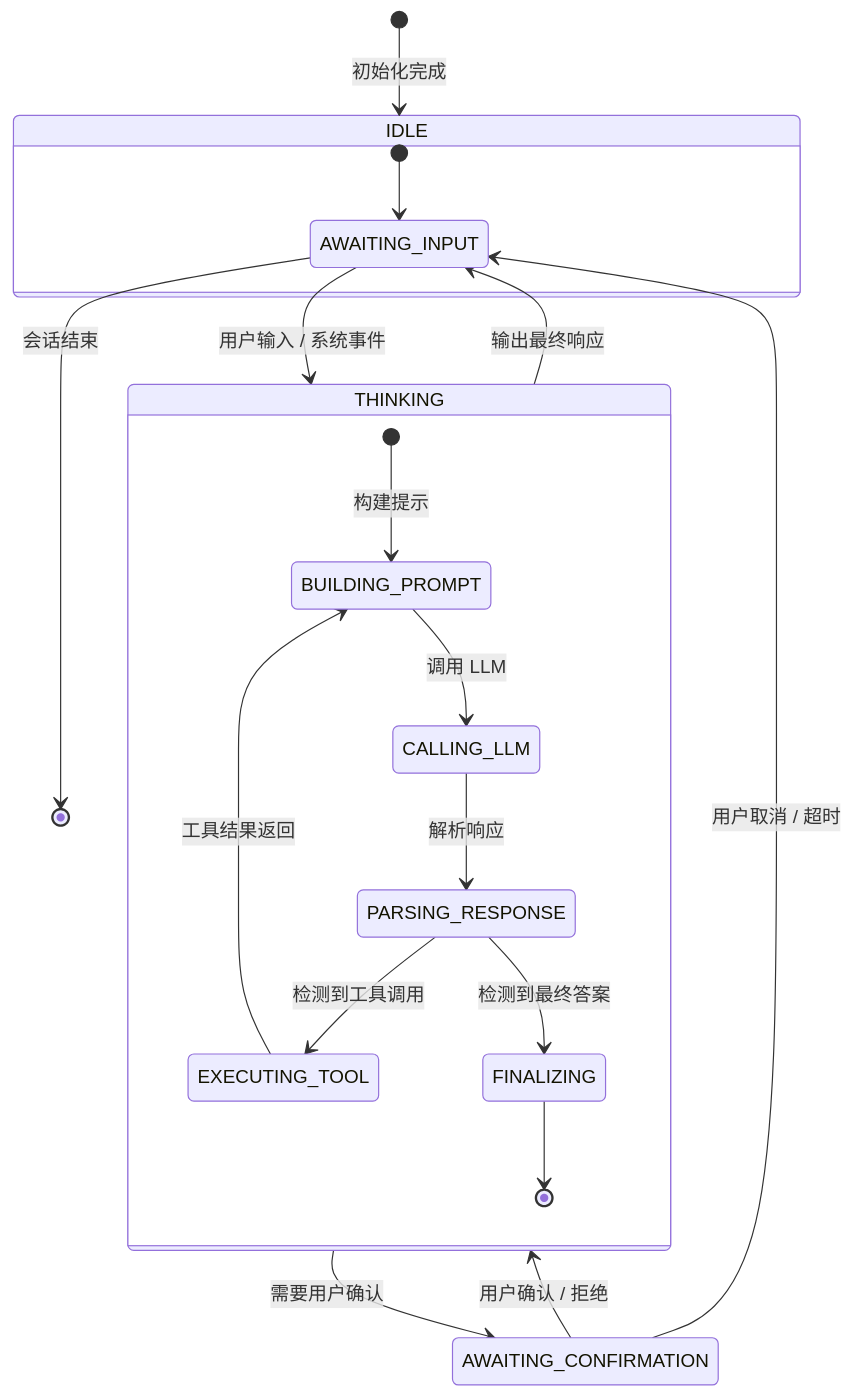
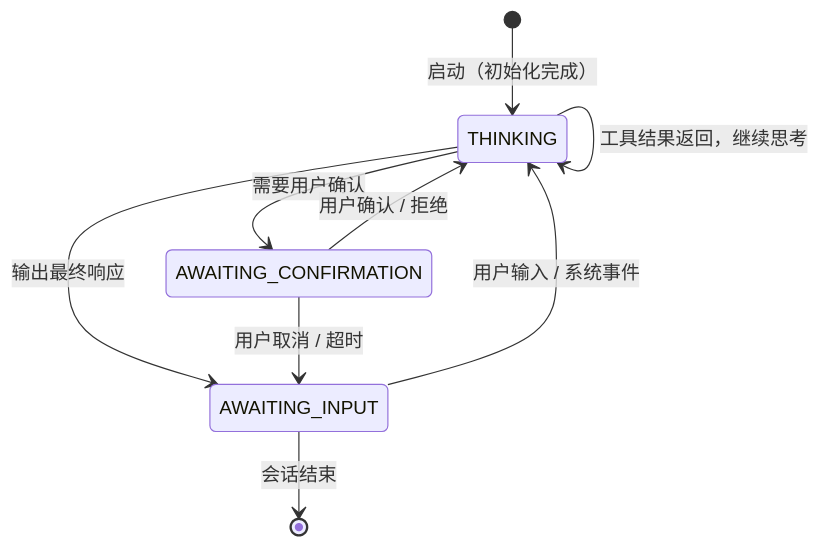
One commit to 1486853830/CogitoAgent changed the fifth of 7 diagrams in introduction/architecture.md. Above: the diagram before and after it, drawn with Mermaid. The commit also changed other lines of this file and 15 other files, not shown here.

````diff
--- a/introduction/architecture.md
+++ b/introduction/architecture.md
@@ -229,28 +229,16 @@
 ```mermaid
 stateDiagram-v2
-    [*] --> IDLE: 初始化完成
-
-    state IDLE {
-        [*] --> AWAITING_INPUT
-    }
+    [*] --> THINKING: 启动（初始化完成）
 
     AWAITING_INPUT --> THINKING: 用户输入 / 系统事件
 
-    state THINKING {
-        [*] --> BUILDING_PROMPT: 构建提示
-        BUILDING_PROMPT --> CALLING_LLM: 调用 LLM
-        CALLING_LLM --> PARSING_RESPONSE: 解析响应
-        PARSING_RESPONSE --> EXECUTING_TOOL: 检测到工具调用
-        PARSING_RESPONSE --> FINALIZING: 检测到最终答案
-        EXECUTING_TOOL --> BUILDING_PROMPT: 工具结果返回
-        FINALIZING --> [*]
-    }
+    THINKING --> THINKING: 工具结果返回，继续思考
 
     THINKING --> AWAITING_INPUT: 输出最终响应
     THINKING --> AWAITING_CONFIRMATION: 需要用户确认
 
     AWAITING_CONFIRMATION --> THINKING: 用户确认 / 拒绝
     AWAITING_CONFIRMATION --> AWAITING_INPUT: 用户取消 / 超时
 
     AWAITING_INPUT --> [*]: 会话结束
 ```
````
